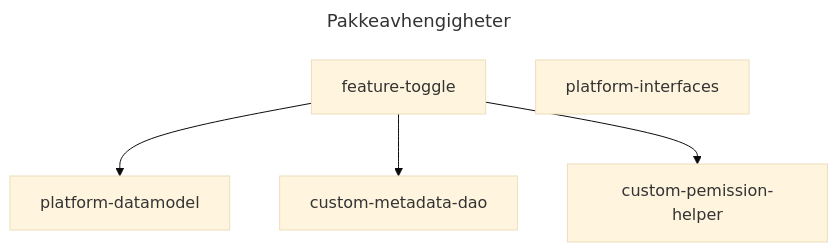
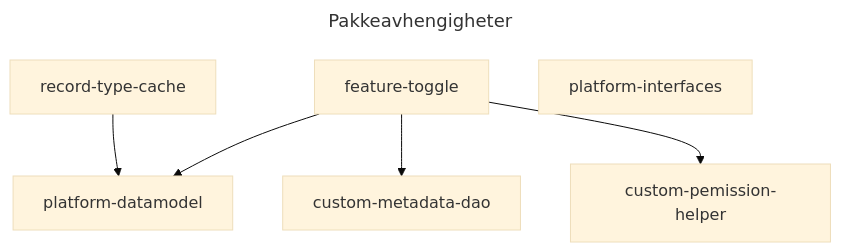
The diagram in README.md (navikt/sf-platform), drawn with Mermaid (base theme) before and after one commit. The commit also changed other lines of this file and 19 other files, not shown here.

First line of the commit message:
feat(record-type-cache): add caching mechanism for Record Types (#131)

````diff
--- a/README.md
+++ b/README.md
@@ -22,11 +24,12 @@
 ```mermaid
 ---
 title: Pakkeavhengigheter
 ---
 graph TD
     custom-pemission-helper
+    record-type-cache --> platform-datamodel;
     feature-toggle --> platform-datamodel;
     feature-toggle --> custom-metadata-dao;
     feature-toggle --> custom-pemission-helper;
     platform-interfaces
 ```
````
